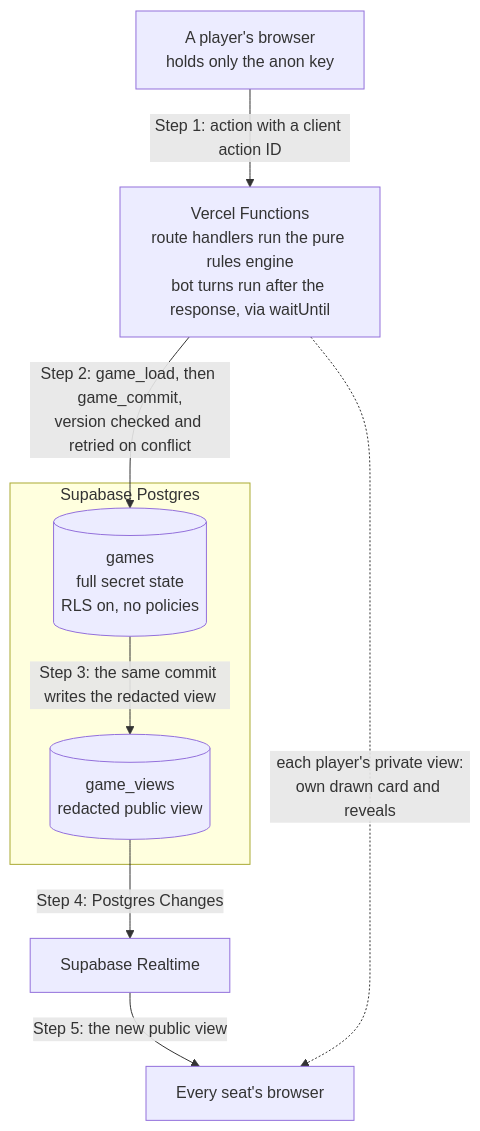
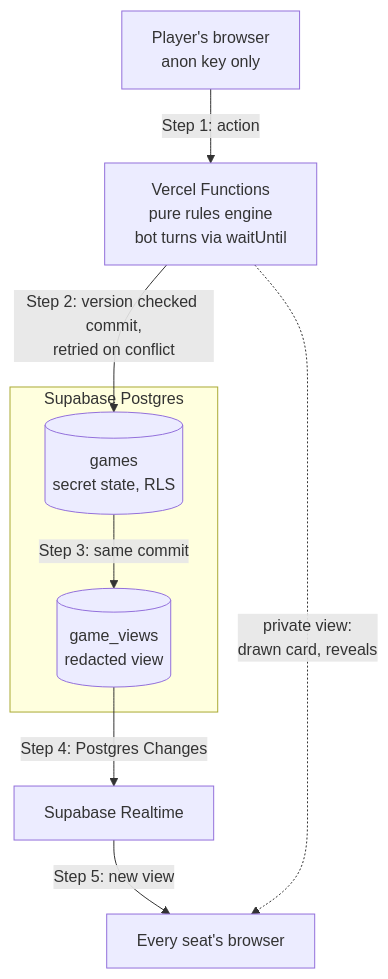
Before and after one commit to bhnsadhu/cambio: the diagram in README.md, drawn with Mermaid.

Commit message:
Shorten the architecture diagram's labels so it stays compact on GitHub

````diff
--- a/README.md
+++ b/README.md
@@ -30,18 +30,18 @@
 ```mermaid
 flowchart TB
-  player["A player's browser<br/>holds only the anon key"]
-  functions["Vercel Functions<br/>route handlers run the pure rules engine<br/>bot turns run after the response, via waitUntil"]
+  player["Player's browser<br/>anon key only"]
+  functions["Vercel Functions<br/>pure rules engine<br/>bot turns via waitUntil"]
   subgraph postgres["Supabase Postgres"]
-    games[("games<br/>full secret state<br/>RLS on, no policies")]
-    views[("game_views<br/>redacted public view")]
+    games[("games<br/>secret state, RLS")]
+    views[("game_views<br/>redacted view")]
   end
   realtime["Supabase Realtime"]
   seats["Every seat's browser"]
 
-  player -->|"Step 1: action with a client action ID"| functions
-  functions -->|"Step 2: game_load, then game_commit,<br/>version checked and retried on conflict"| games
-  games -->|"Step 3: the same commit writes the redacted view"| views
+  player -->|"Step 1: action"| functions
+  functions -->|"Step 2: version checked commit,<br/>retried on conflict"| games
+  games -->|"Step 3: same commit"| views
   views -->|"Step 4: Postgres Changes"| realtime
-  realtime -->|"Step 5: the new public view"| seats
-  functions -.->|"each player's private view:<br/>own drawn card and reveals"| seats
+  realtime -->|"Step 5: new view"| seats
+  functions -.->|"private view:<br/>drawn card, reveals"| seats
 ```
````
